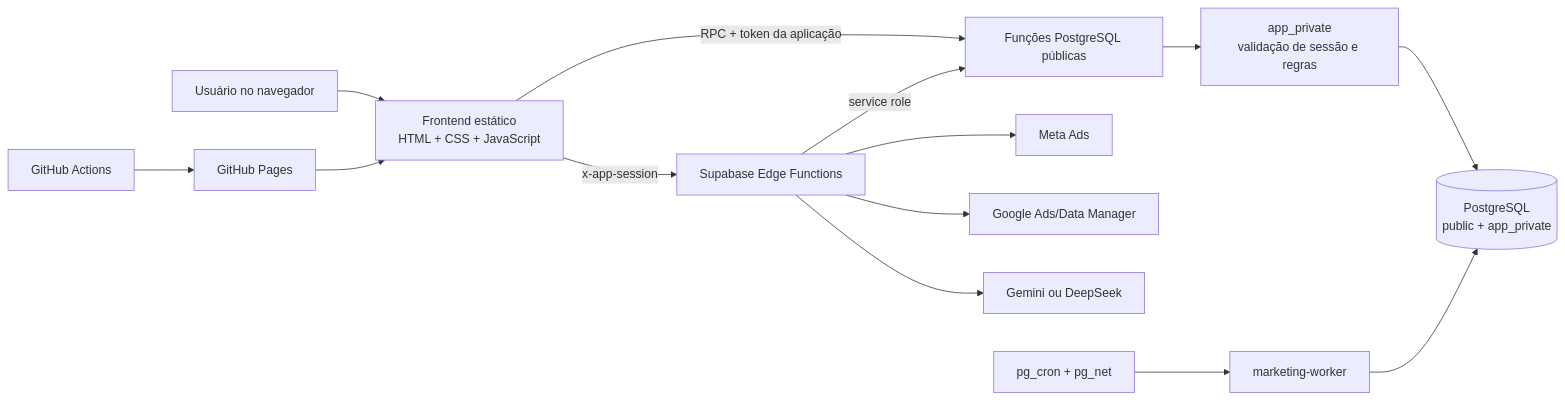
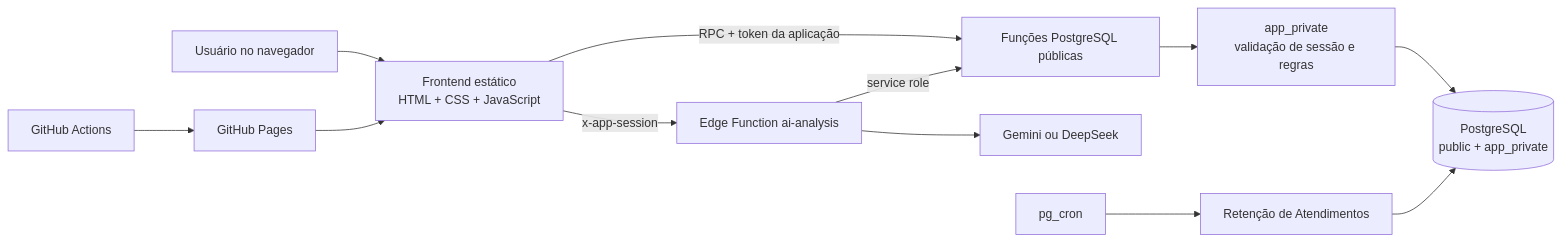
One commit to Jmxxp/lead-control- changed the first of 5 diagrams in DOCUMENTACAO_COMPLETA_PROJETO.md. Above: the diagram before and after it, drawn with Mermaid. The commit also changed other lines of this file and 31 other files, not shown here.

````diff
--- a/DOCUMENTACAO_COMPLETA_PROJETO.md
+++ b/DOCUMENTACAO_COMPLETA_PROJETO.md
@@ -29,16 +31,14 @@
 ```mermaid
 flowchart LR
     U[Usuário no navegador] --> UI[Frontend estático<br/>HTML + CSS + JavaScript]
     UI -->|RPC + token da aplicação| RPC[Funções PostgreSQL públicas]
     RPC --> PRIV[app_private<br/>validação de sessão e regras]
     PRIV --> DB[(PostgreSQL<br/>public + app_private)]
-    UI -->|x-app-session| EDGE[Supabase Edge Functions]
+    UI -->|x-app-session| EDGE[Edge Function ai-analysis]
     EDGE -->|service role| RPC
-    EDGE --> META[Meta Ads]
-    EDGE --> GOOGLE[Google Ads/Data Manager]
     EDGE --> AI[Gemini ou DeepSeek]
-    CRON[pg_cron + pg_net] --> WORKER[marketing-worker]
-    WORKER --> DB
+    CRON[pg_cron] --> RET[Retenção de Atendimentos]
+    RET --> DB
     GH[GitHub Actions] --> PAGES[GitHub Pages]
     PAGES --> UI
 ```
````
